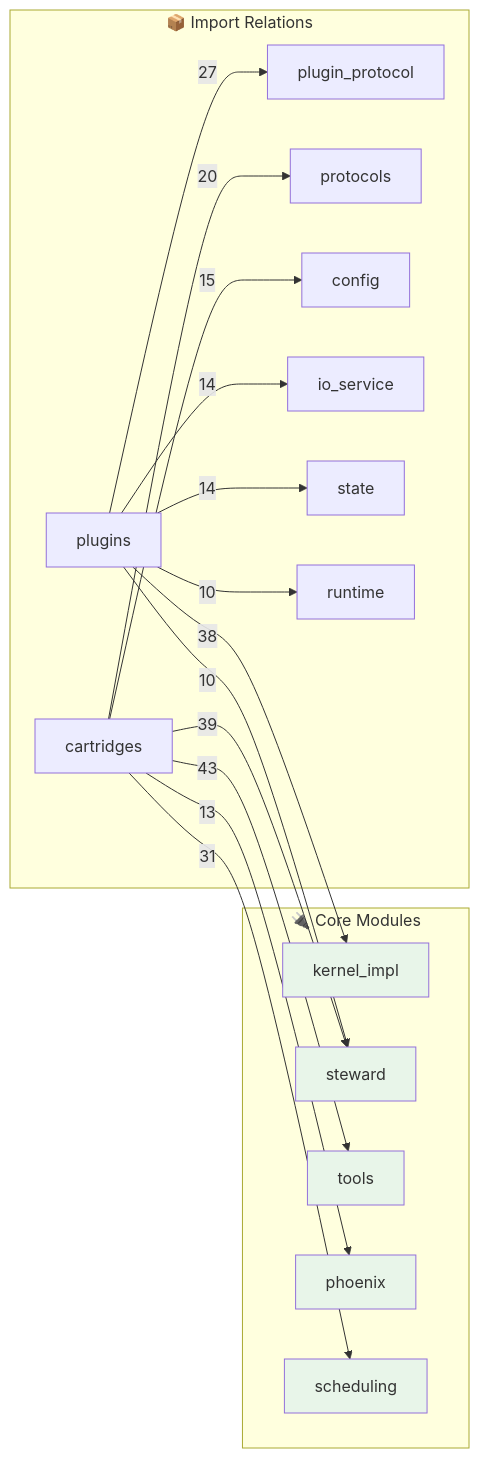
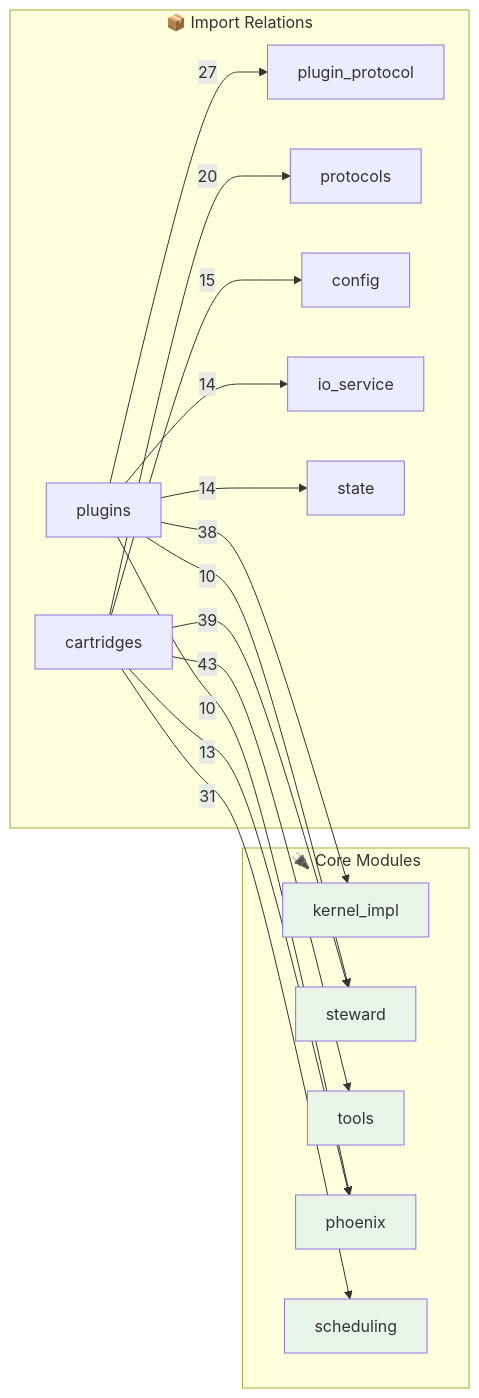
The second of 2 diagrams in OPUS.md (kimeisele/steward-protocol), drawn with Mermaid before and after one commit. The commit also changed other lines of this file and 13 other files, not shown here.

````diff
--- a/OPUS.md
+++ b/OPUS.md
@@ -518,31 +518,31 @@
 ```mermaid
 flowchart LR
     subgraph Core["🔌 Core Modules"]
         kernel_impl[kernel_impl]
         steward[steward]
         tools[tools]
         phoenix[phoenix]
         scheduling[scheduling]
     end
 
     subgraph Edges["📦 Import Relations"]
         cartridges -->|43| tools
         cartridges -->|39| steward
         plugins -->|38| kernel_impl
         cartridges -->|31| scheduling
         plugins -->|27| plugin_protocol
         cartridges -->|20| protocols
         cartridges -->|15| config
         plugins -->|14| io_service
         plugins -->|14| state
         cartridges -->|13| phoenix
-        plugins -->|10| runtime
         plugins -->|10| steward
+        plugins -->|10| phoenix
     end
 
     style kernel_impl fill:#e8f5e9
     style steward fill:#e8f5e9
     style tools fill:#e8f5e9
     style phoenix fill:#e8f5e9
     style scheduling fill:#e8f5e9
 ```
````
